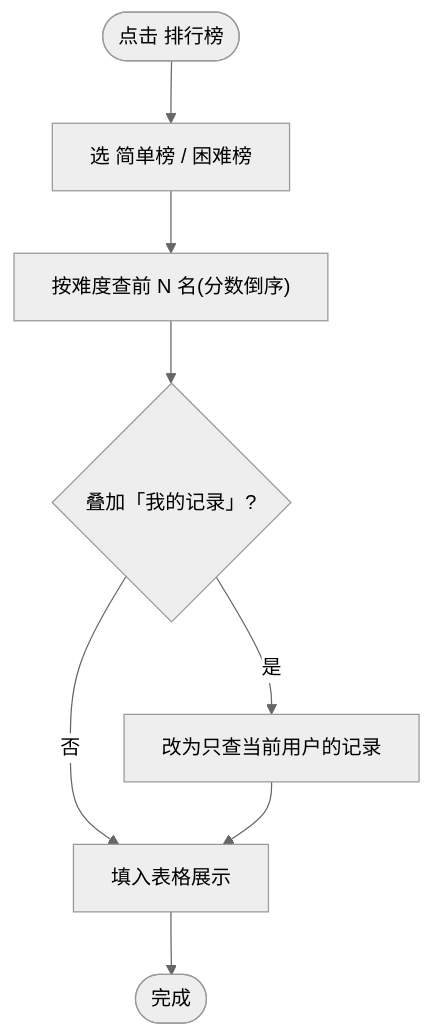
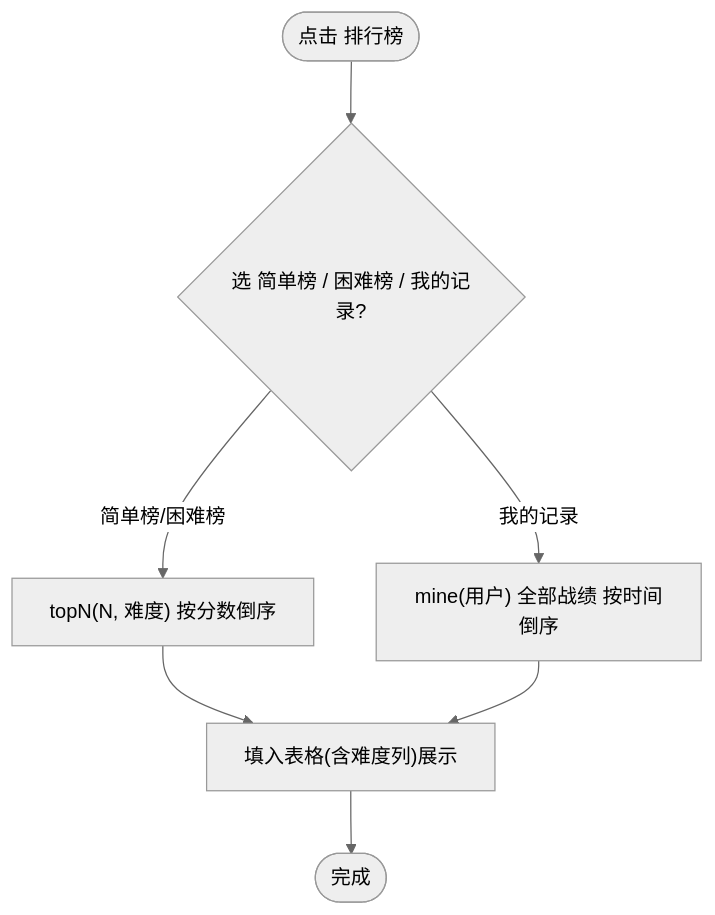
Before and after one commit to learnerCodeZ/javagame-zombie-shooter: the seventh of 8 diagrams in docs/技能训练一报告.md, drawn with Mermaid (neutral theme). The commit also changed other lines of this file and 10 other files, not shown here.

Commit message:
我的记录改为全部战绩+难度列(按时间倒序): RecordDao.mine/LeaderboardFrame/TestDao + 文档/复盘同步

````diff
--- a/docs/技能训练一报告.md
+++ b/docs/技能训练一报告.md
@@ -308,10 +308,9 @@
 ```mermaid
 flowchart TD
-    A(["点击 排行榜"]) --> B["选 简单榜 / 困难榜"]
-    B --> C["按难度查前 N 名(分数倒序)"]
-    C --> D{"叠加「我的记录」?"}
-    D -->|是| E["改为只查当前用户的记录"]
-    D -->|否| F["填入表格展示"]
-    E --> F
-    F --> G(["完成"])
+    A(["点击 排行榜"]) --> B{"选 简单榜 / 困难榜 / 我的记录?"}
+    B -->|简单榜/困难榜| C["topN(N, 难度) 按分数倒序"]
+    B -->|我的记录| D["mine(用户) 全部战绩 按时间倒序"]
+    C --> E["填入表格(含难度列)展示"]
+    D --> E
+    E --> F(["完成"])
 ```
````
